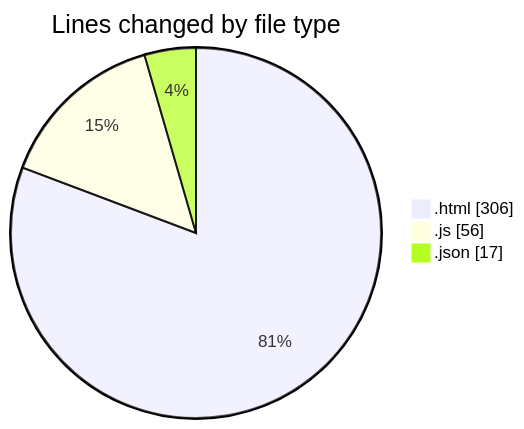
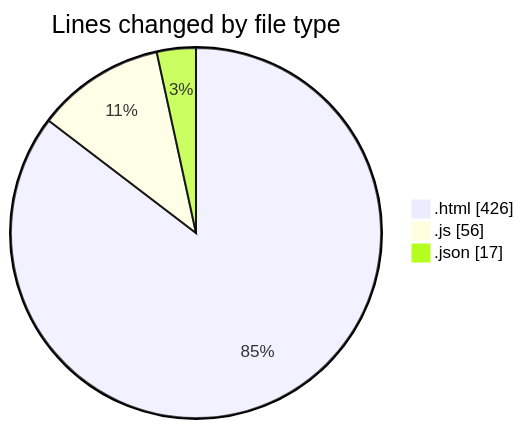
One commit to IJAZ3593/code-tracking changed the first of 2 diagrams in 2025-09-04/tailwind/README.md. Above: the diagram before and after it, drawn with Mermaid. The commit also changed other lines of this file and 1 other file, not shown here.

````diff
--- a/2025-09-04/tailwind/README.md
+++ b/2025-09-04/tailwind/README.md
@@ -26,7 +26,7 @@
 ```mermaid
 pie showData
 title Lines changed by file type
-".html" : 306
+".html" : 426
 ".js" : 56
 ".json" : 17
 ```
````
